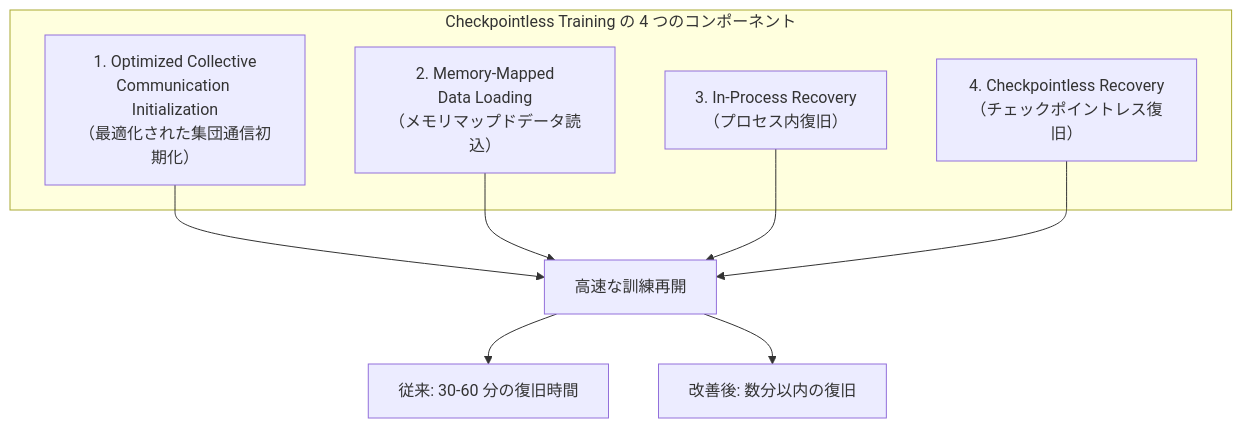
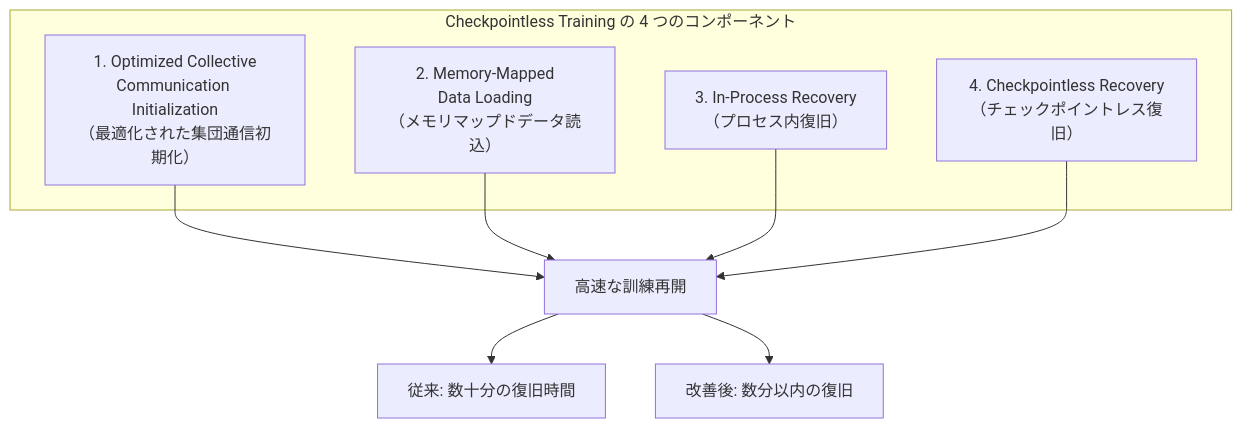
The first of 7 diagrams in articles/45a746434b2090.md (littlemex/zenn), drawn with Mermaid before and after one commit. The commit also changed other lines of this file, not shown here.

````diff
--- a/articles/45a746434b2090.md
+++ b/articles/45a746434b2090.md
@@ -52,17 +60,17 @@
 ```mermaid
 graph TB
     subgraph "Checkpointless Training の 4 つのコンポーネント"
         A["1. Optimized Collective<br/>Communication Initialization<br/>（最適化された集団通信初期化）"]
         B["2. Memory-Mapped<br/>Data Loading<br/>（メモリマップドデータ読込）"]
         C["3. In-Process Recovery<br/>（プロセス内復旧）"]
         D["4. Checkpointless Recovery<br/>（チェックポイントレス復旧）"]
     end
 
     A --> E["高速な訓練再開"]
     B --> E
     C --> E
     D --> E
 
-    E --> F["従来: 30-60 分の復旧時間"]
+    E --> F["従来: 数十分の復旧時間"]
     E --> G["改善後: 数分以内の復旧"]
 ```
````
